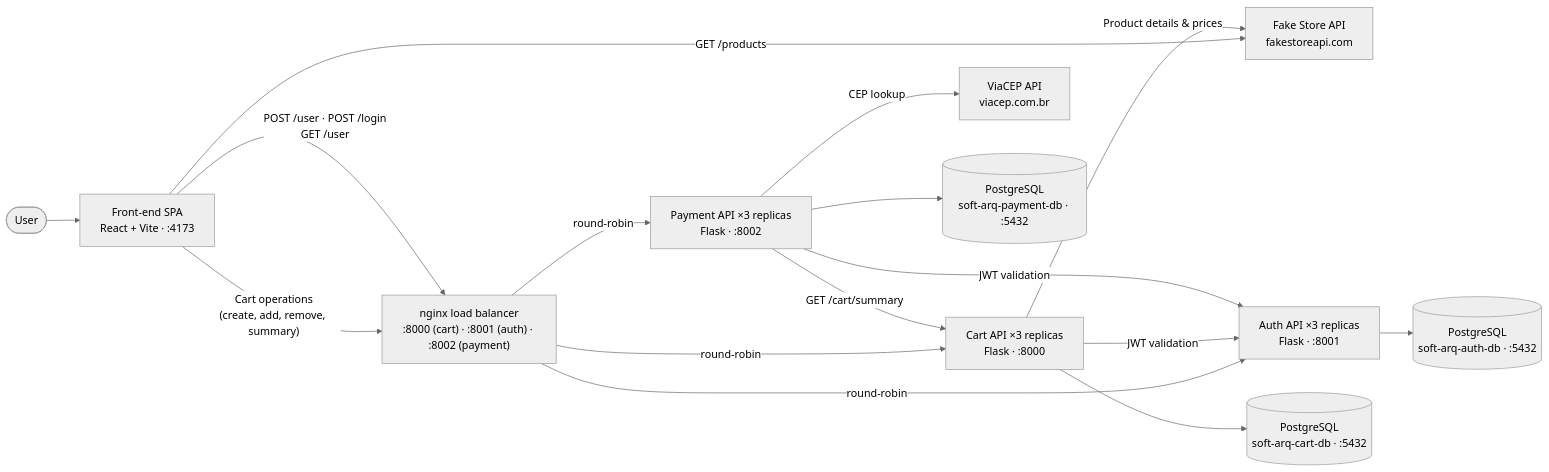
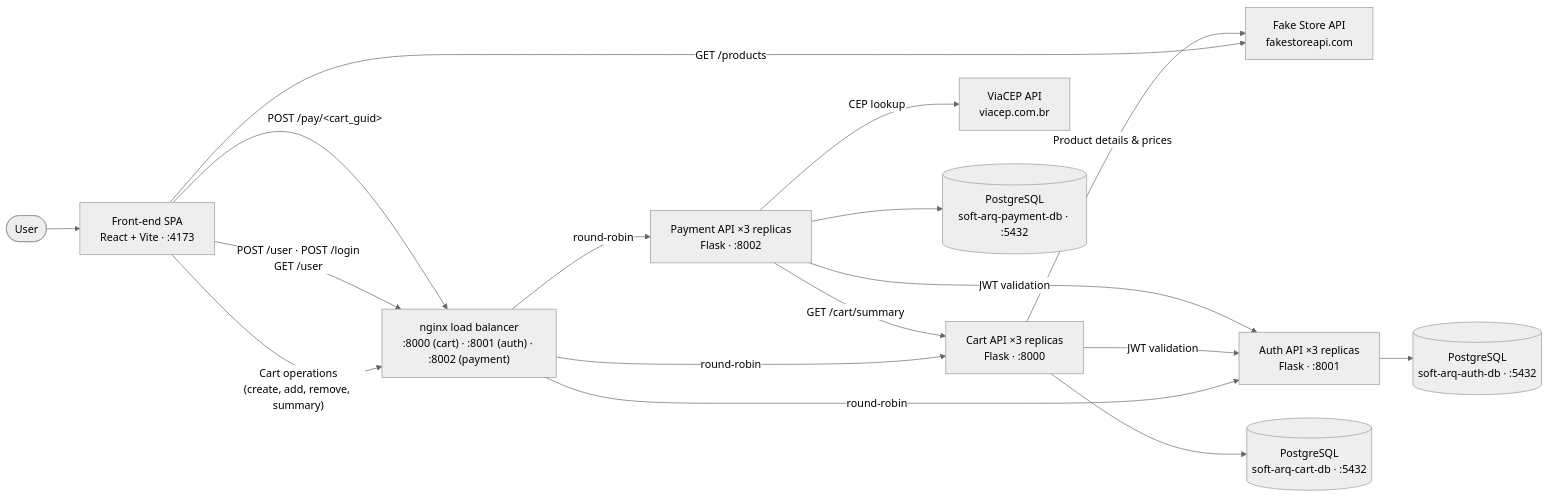
The diagram in README.md (ommeirelles/puc-arq-software-front), drawn with Mermaid (neutral theme) before and after one commit. The commit also changed other lines of this file and 8 other files, not shown here.

Commit message:
feat: checkout flow with payment service and lazy routes

````diff
--- a/README.md
+++ b/README.md
@@ -27,18 +27,19 @@
 ```mermaid
 flowchart LR
     User([User]) --> FE["Front-end SPA<br/>React + Vite · :4173"]
     FE -->|"GET /products"| FSA["Fake Store API<br/>fakestoreapi.com"]
     FE -->|"Cart operations<br/>(create, add, remove, summary)"| LB["nginx load balancer<br/>:8000 (cart) · :8001 (auth) · :8002 (payment)"]
     FE -->|"POST /user · POST /login<br/>GET /user"| LB
+    FE -->|"POST /pay/&lt;cart_guid&gt;"| LB
     LB -->|"round-robin"| BE["Cart API ×3 replicas<br/>Flask · :8000"]
     LB -->|"round-robin"| AUTH["Auth API ×3 replicas<br/>Flask · :8001"]
     LB -->|"round-robin"| PAY["Payment API ×3 replicas<br/>Flask · :8002"]
     BE -->|"Product details & prices"| FSA
     BE -->|"JWT validation"| AUTH
     PAY -->|"JWT validation"| AUTH
     PAY -->|"GET /cart/summary"| BE
     PAY -->|"CEP lookup"| VIA["ViaCEP API<br/>viacep.com.br"]
     BE --> DB[("PostgreSQL<br/>soft-arq-cart-db · :5432")]
     AUTH --> AUTHDB[("PostgreSQL<br/>soft-arq-auth-db · :5432")]
     PAY --> PAYDB[("PostgreSQL<br/>soft-arq-payment-db · :5432")]
 ```
````
